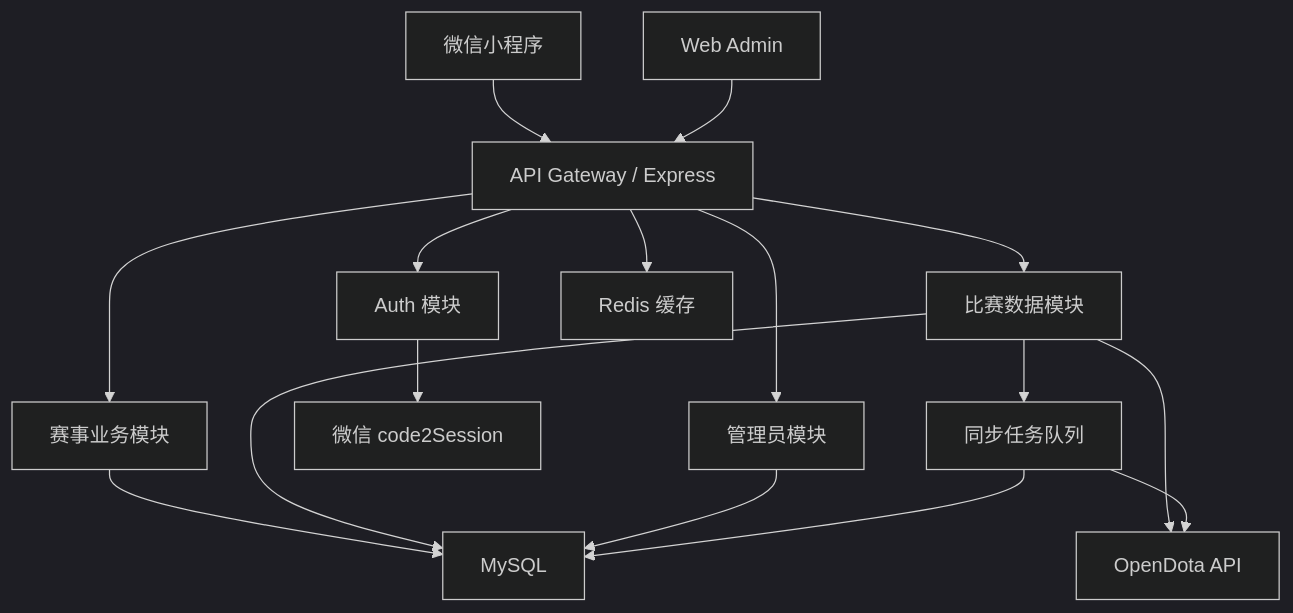
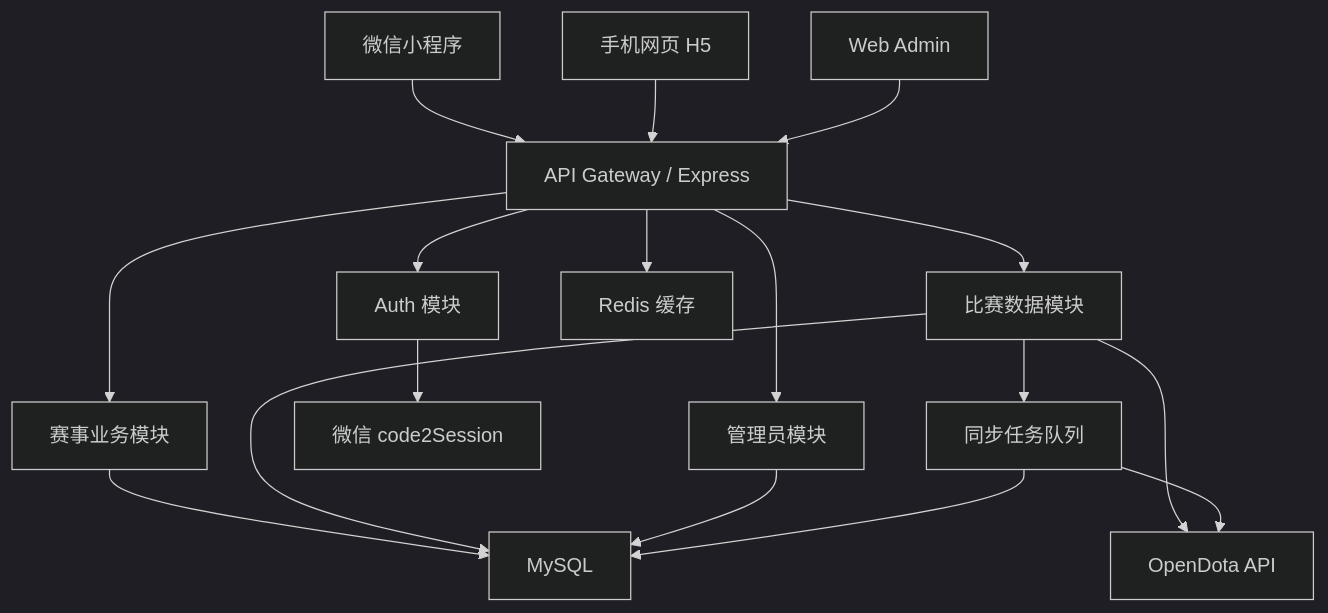
The first of 3 diagrams in docs/TECHNICAL_DESIGN.md (HuangLA/mrjz-app), drawn with Mermaid (dark theme) before and after one commit. The commit also changed other lines of this file and 5 other files, not shown here.

````diff
--- a/docs/TECHNICAL_DESIGN.md
+++ b/docs/TECHNICAL_DESIGN.md
@@ -77,18 +94,19 @@
 ```mermaid
 flowchart TD
   A["微信小程序"] --> B["API Gateway / Express"]
+  H5["手机网页 H5"] --> B
   W["Web Admin"] --> B
   B --> C["Auth 模块"]
   B --> D["赛事业务模块"]
   B --> E["比赛数据模块"]
   B --> F["管理员模块"]
   C --> G["微信 code2Session"]
   D --> H["MySQL"]
   E --> H
   F --> H
   E --> I["OpenDota API"]
   E --> J["同步任务队列"]
   J --> I
   J --> H
   B --> K["Redis 缓存"]
 ```
````
